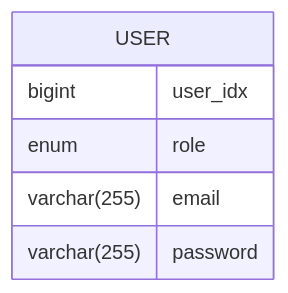
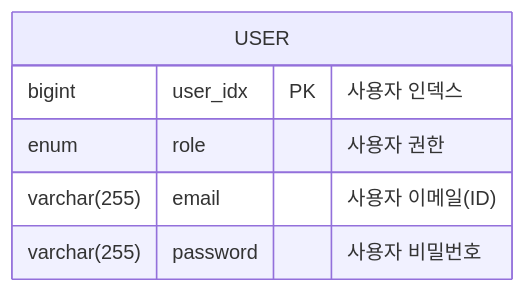
Before and after one commit to kea-dpang/auth-server: the diagram in README.md, drawn with Mermaid. The commit also changed other lines of this file, not shown here.

````diff
--- a/README.md
+++ b/README.md
@@ -13,10 +17,10 @@
 ```mermaid
 erDiagram
     USER {
-        bigint user_idx
-        enum role
-        varchar(255) email
-        varchar(255) password
+        bigint user_idx PK "사용자 인덱스"
+        enum role "사용자 권한"
+        varchar(255) email "사용자 이메일(ID)"
+        varchar(255) password "사용자 비밀번호"
     }
 
 ```
````
